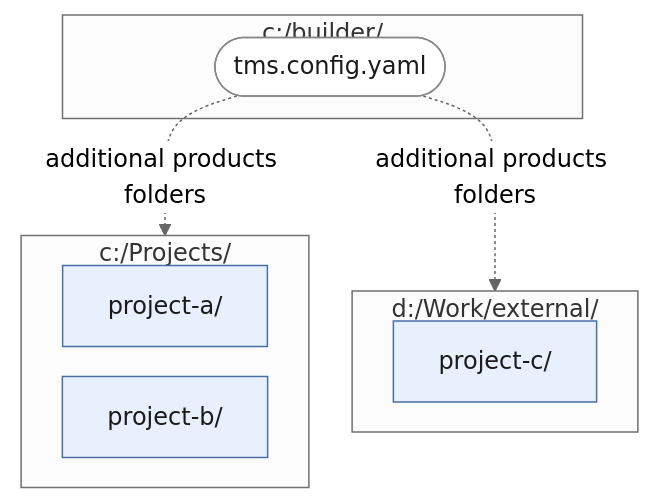
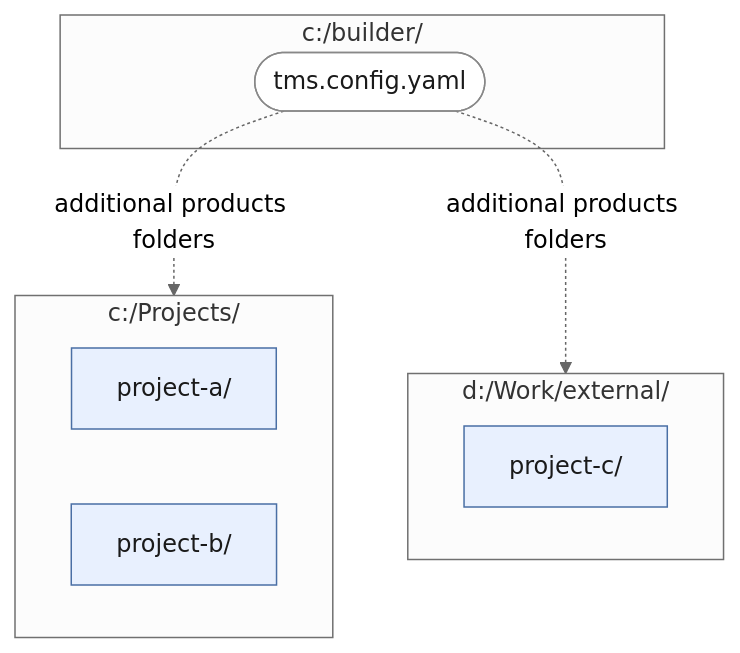
The third of 3 diagrams in doc/source/guide/continuous-integration.md (tmssoftware/smartsetup), drawn with Mermaid (neutral theme) before and after one commit. The commit also changed other lines of this file and 1 other file, not shown here.

````diff
--- a/doc/source/guide/continuous-integration.md
+++ b/doc/source/guide/continuous-integration.md
@@ -128,21 +134,21 @@
 ```mermaid
-%%{init: {"flowchart": {"nodeSpacing": 20, "rankSpacing": 30}}}%%
+
 graph TD
     subgraph builder["c:/builder/"]
         Config(["tms.config.yaml"])
     end
     subgraph root1["c:/Projects/"]
         ProjectA["project-a/"]
         ProjectB["project-b/"]
     end
     subgraph root2["d:/Work/external/"]
         ProjectC["project-c/"]
     end
     Config -. "additional products folders" .-> root1
     Config -. "additional products folders" .-> root2
 
     classDef folder fill:#e8f0fe,stroke:#4a6fa5,color:#1a1a1a
     classDef file fill:#ffffff,stroke:#888,color:#1a1a1a
     class ProjectA,ProjectB,ProjectC folder
     class Config file
 ```
````
